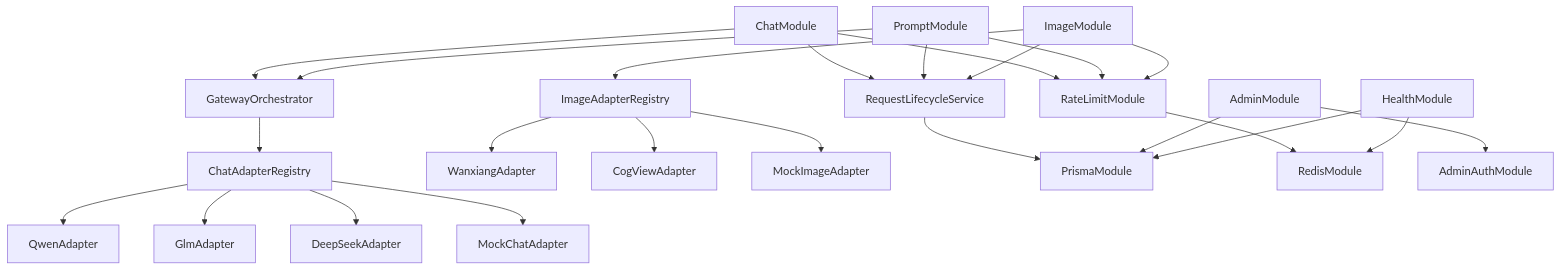
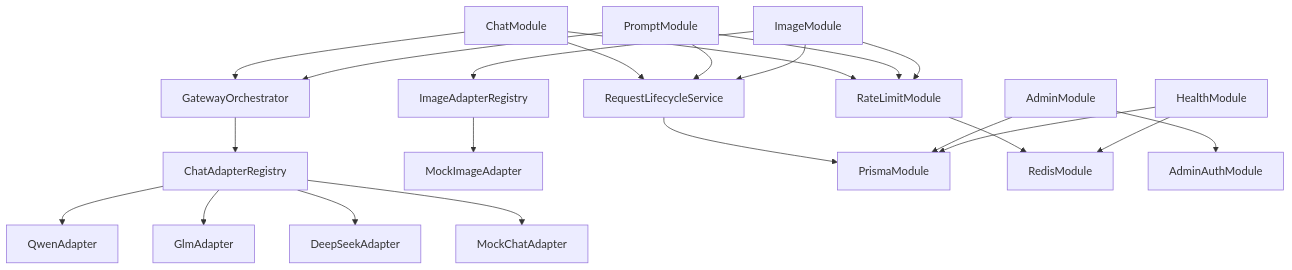
Before and after one commit to wanglsh97/super-mind-studio: the second of 3 diagrams in openspec/changes/build-aigateway-v1/design.md, drawn with Mermaid. The commit also changed other lines of this file and 75 other files, not shown here.

````diff
--- a/openspec/changes/build-aigateway-v1/design.md
+++ b/openspec/changes/build-aigateway-v1/design.md
@@ -77,26 +77,24 @@
 ```mermaid
 flowchart TB
     C["ChatModule"] --> G["GatewayOrchestrator"]
     O["PromptModule"] --> G
     I["ImageModule"] --> IR["ImageAdapterRegistry"]
     G --> TR["ChatAdapterRegistry"]
     TR --> QA["QwenAdapter"]
     TR --> GA["GlmAdapter"]
     TR --> DA["DeepSeekAdapter"]
     TR --> MA["MockChatAdapter"]
-    IR --> WA["WanxiangAdapter"]
-    IR --> CA["CogViewAdapter"]
     IR --> MI["MockImageAdapter"]
     C --> RL["RequestLifecycleService"]
     O --> RL
     I --> RL
     RL --> DB["PrismaModule"]
     C --> L["RateLimitModule"]
     O --> L
     I --> L
     L --> RD["RedisModule"]
     AD["AdminModule"] --> DB
     AD --> AU["AdminAuthModule"]
     H["HealthModule"] --> DB
     H --> RD
 ```
````
